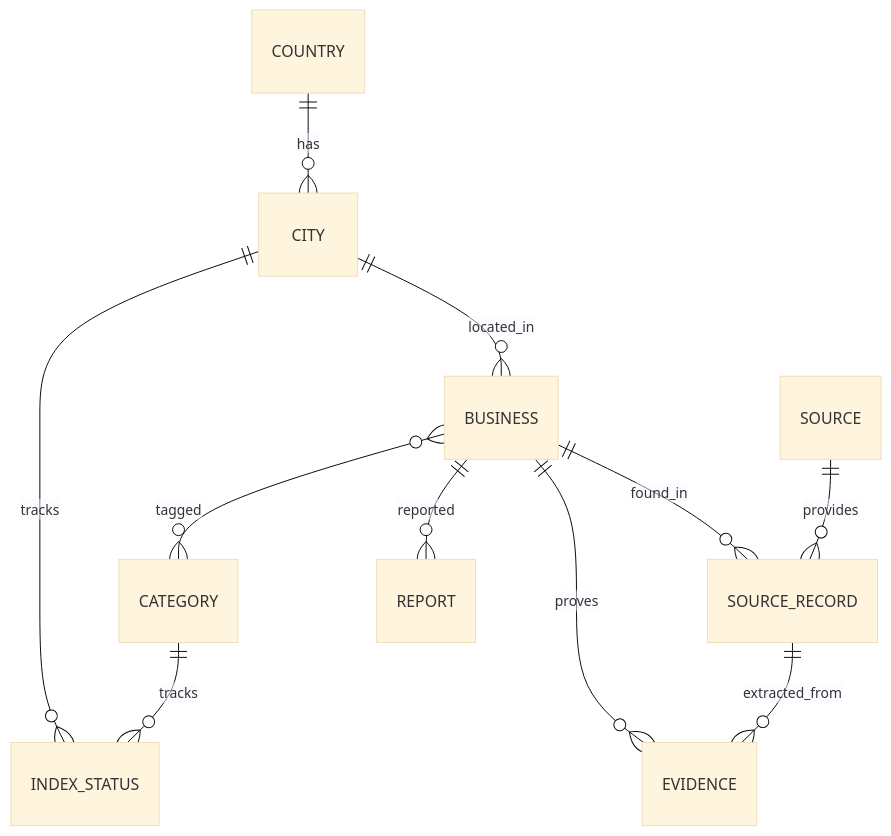
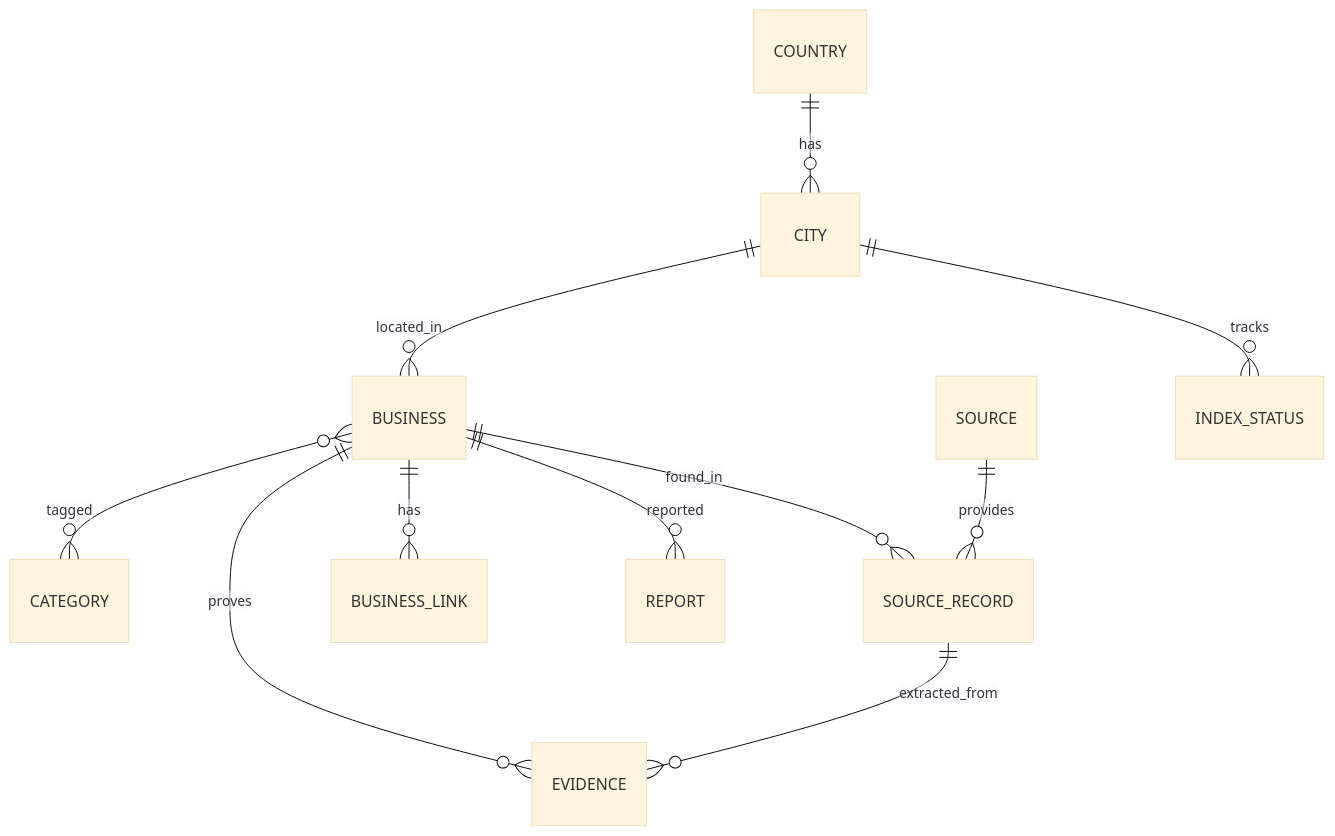
Before and after one commit to TahaFzl/FarsiYab: the diagram in docs/03-data-model.md, drawn with Mermaid (base theme). The commit also changed other lines of this file and 67 other files, not shown here.

````diff
--- a/docs/03-data-model.md
+++ b/docs/03-data-model.md
@@ -3,13 +3,13 @@
 ```mermaid
 erDiagram
     COUNTRY ||--o{ CITY : has
     CITY ||--o{ BUSINESS : located_in
     BUSINESS }o--o{ CATEGORY : tagged
     BUSINESS ||--o{ SOURCE_RECORD : found_in
     BUSINESS ||--o{ EVIDENCE : proves
     SOURCE_RECORD ||--o{ EVIDENCE : extracted_from
     SOURCE ||--o{ SOURCE_RECORD : provides
     CITY ||--o{ INDEX_STATUS : tracks
-    CATEGORY ||--o{ INDEX_STATUS : tracks
+    BUSINESS ||--o{ BUSINESS_LINK : has
     BUSINESS ||--o{ REPORT : reported
 ```
````
